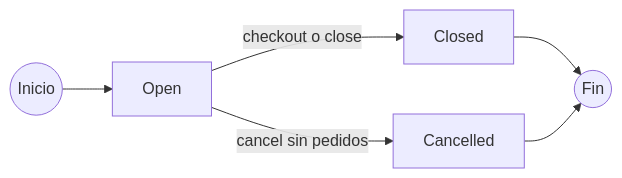
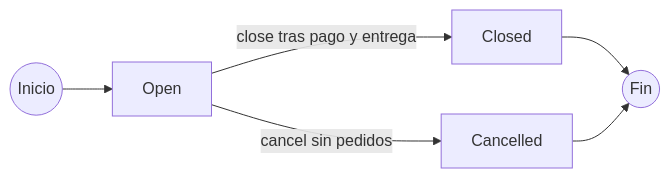
One commit to sergioocode/Restaurantes changed the second of 5 diagrams in docs/Dining.README.md. Above: the diagram before and after it, drawn with Mermaid. The commit also changed other lines of this file and 46 other files, not shown here.

````diff
--- a/docs/Dining.README.md
+++ b/docs/Dining.README.md
@@ -169,10 +170,10 @@
 ```mermaid
 flowchart LR
     S((Inicio)) --> A[Open]
 
-    A -->|checkout o close| B[Closed]
+    A -->|close tras pago y entrega| B[Closed]
     A -->|cancel sin pedidos| C[Cancelled]
 
     B --> F((Fin))
     C --> F
 ```
````
